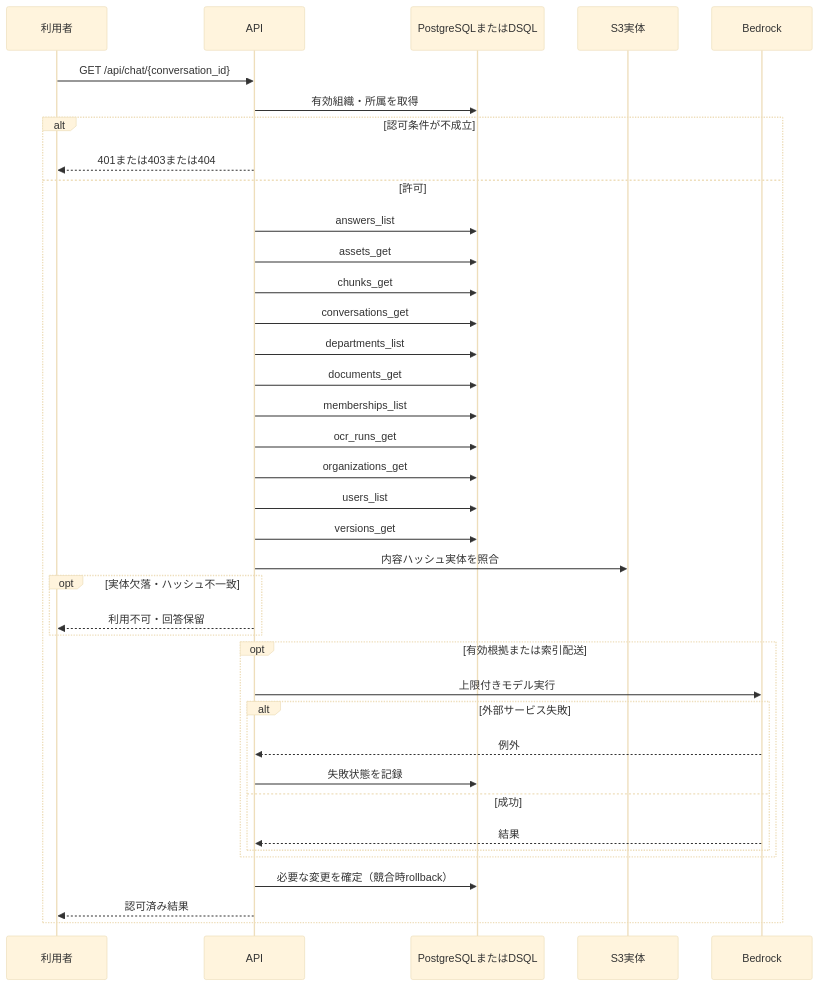
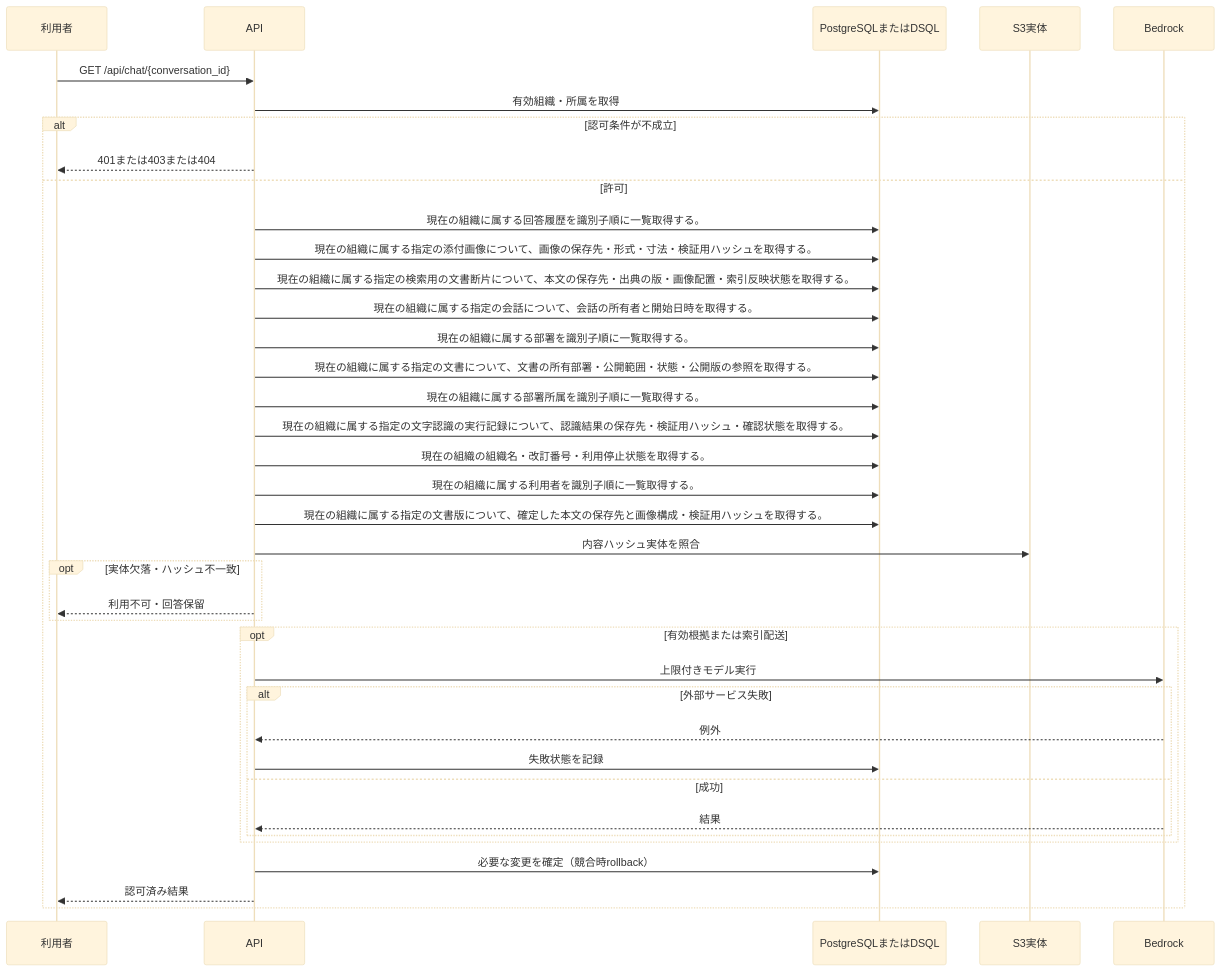
Before and after one commit to tsuji-tomonori/KotoRelay: the diagram in docs/design/generated/api/chat/chat_history/sequence.md, drawn with Mermaid (base theme). The commit also changed other lines of this file and 286 other files, not shown here.

````diff
--- a/docs/design/generated/api/chat/chat_history/sequence.md
+++ b/docs/design/generated/api/chat/chat_history/sequence.md
@@ -7,40 +7,40 @@
 ```mermaid
 sequenceDiagram
     participant U as 利用者
     participant A as API
     participant D as PostgreSQLまたはDSQL
     participant S as S3実体
     participant M as Bedrock
     U->>A: GET /api/chat/{conversation_id}
     A->>D: 有効組織・所属を取得
     alt 認可条件が不成立
         A-->>U: 401または403または404
     else 許可
-        A->>D: answers_list
-        A->>D: assets_get
-        A->>D: chunks_get
-        A->>D: conversations_get
-        A->>D: departments_list
-        A->>D: documents_get
-        A->>D: memberships_list
-        A->>D: ocr_runs_get
-        A->>D: organizations_get
-        A->>D: users_list
-        A->>D: versions_get
+        A->>D: 現在の組織に属する回答履歴を識別子順に一覧取得する。
+        A->>D: 現在の組織に属する指定の添付画像について、画像の保存先・形式・寸法・検証用ハッシュを取得する。
+        A->>D: 現在の組織に属する指定の検索用の文書断片について、本文の保存先・出典の版・画像配置・索引反映状態を取得する。
+        A->>D: 現在の組織に属する指定の会話について、会話の所有者と開始日時を取得する。
+        A->>D: 現在の組織に属する部署を識別子順に一覧取得する。
+        A->>D: 現在の組織に属する指定の文書について、文書の所有部署・公開範囲・状態・公開版の参照を取得する。
+        A->>D: 現在の組織に属する部署所属を識別子順に一覧取得する。
+        A->>D: 現在の組織に属する指定の文字認識の実行記録について、認識結果の保存先・検証用ハッシュ・確認状態を取得する。
+        A->>D: 現在の組織の組織名・改訂番号・利用停止状態を取得する。
+        A->>D: 現在の組織に属する利用者を識別子順に一覧取得する。
+        A->>D: 現在の組織に属する指定の文書版について、確定した本文の保存先と画像構成・検証用ハッシュを取得する。
         A->>S: 内容ハッシュ実体を照合
         opt 実体欠落・ハッシュ不一致
             A-->>U: 利用不可・回答保留
         end
         opt 有効根拠または索引配送
             A->>M: 上限付きモデル実行
             alt 外部サービス失敗
                 M-->>A: 例外
                 A->>D: 失敗状態を記録
             else 成功
                 M-->>A: 結果
             end
         end
         A->>D: 必要な変更を確定（競合時rollback）
         A-->>U: 認可済み結果
     end
 ```
````
